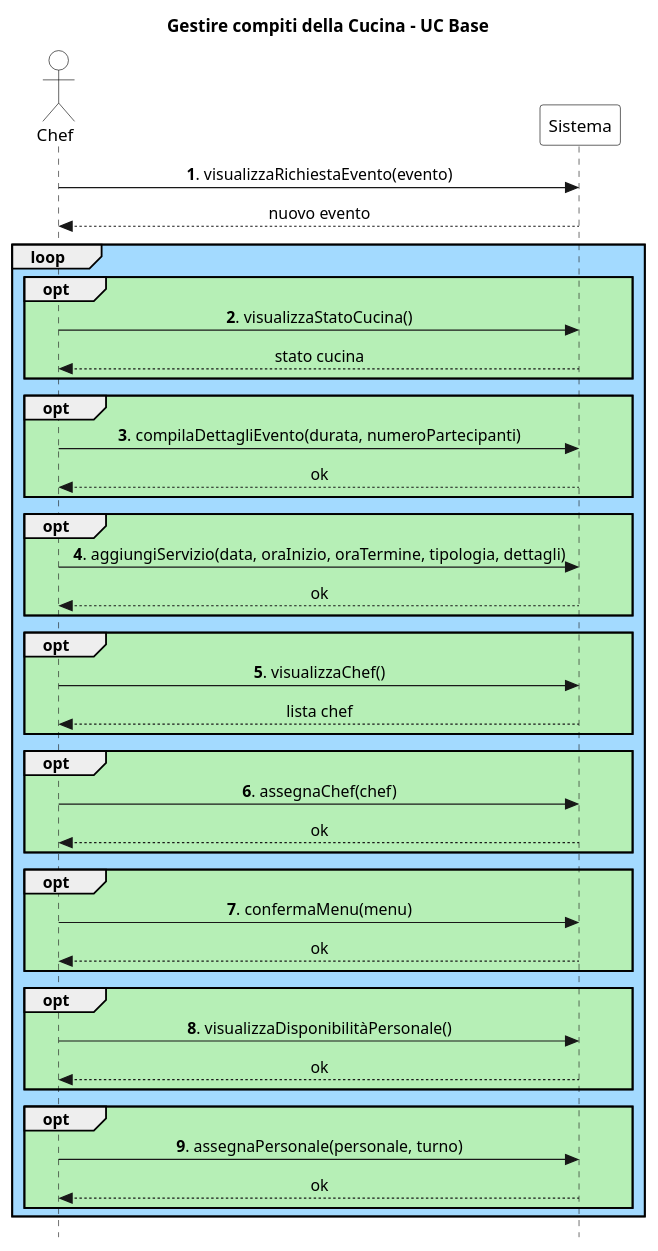
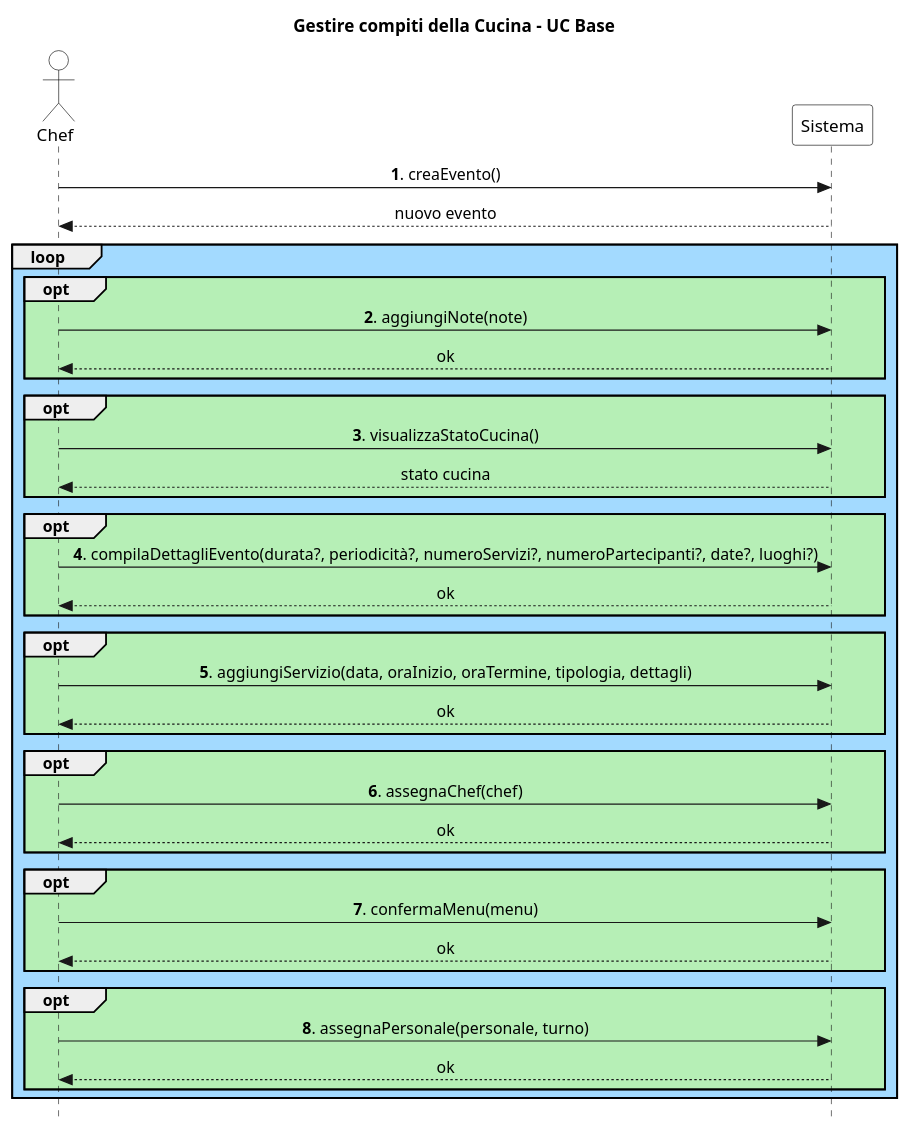
One commit to stefa168/sas-project changed the diagram in UC Gestire Eventi/SSD/Base.puml. Above: the diagram before and after it, drawn with PlantUML.

Commit message:
Corretto il caso d'uso base per rispecchiare le modifiche su drive

```diff
--- a/UC Gestire Eventi/SSD/Base.puml
+++ b/UC Gestire Eventi/SSD/Base.puml
@@ -1,61 +1,56 @@
 @startuml
 skinparam Style strictuml
 skinparam SequenceMessageAlign center
 
 skinparam sequence {
     ActorBorderColor Black
     ActorBackgroundColor White
     ParticipantBorderColor Black
     ParticipantBackgroundColor White
 }
 
 actor Chef
 participant Sistema
 
 title Gestire compiti della Cucina - UC Base
 
-Chef -> Sistema: **1**. visualizzaRichiestaEvento(evento)
+Chef -> Sistema: **1**. creaEvento()
 return nuovo evento
 
 loop #a3daff
     opt #b6efb6
-        Chef -> Sistema: **2**. visualizzaStatoCucina()
+        Chef -> Sistema: **2**. aggiungiNote(note)
+        return ok
+    end
+
+    opt #b6efb6
+        Chef -> Sistema: **3**. visualizzaStatoCucina()
         return stato cucina
     end
 
     opt #b6efb6
-        Chef -> Sistema: **3**. compilaDettagliEvento(durata, numeroPartecipanti)
+        Chef -> Sistema: **4**. compilaDettagliEvento(durata?, periodicità?, numeroServizi?, numeroPartecipanti?, date?, luoghi?)
         return ok
     end
 
     opt #b6efb6
-        Chef -> Sistema: **4**. aggiungiServizio(data, oraInizio, oraTermine, tipologia, dettagli)
+        Chef -> Sistema: **5**. aggiungiServizio(data, oraInizio, oraTermine, tipologia, dettagli)
         return ok
-    end
-
-    opt #b6efb6
-        Chef -> Sistema: **5**. visualizzaChef()
-        return lista chef
     end
 
     opt #b6efb6
         Chef -> Sistema: **6**. assegnaChef(chef)
         return ok
     end
 
     opt #b6efb6
         Chef -> Sistema: **7**. confermaMenu(menu)
         return ok
     end
 
     opt #b6efb6
-        Chef -> Sistema: **8**. visualizzaDisponibilitàPersonale()
-        return ok
-    end
-
-    opt #b6efb6
-        Chef -> Sistema: **9**. assegnaPersonale(personale, turno)
+        Chef -> Sistema: **8**. assegnaPersonale(personale, turno)
         return ok
     end
 end
 @enduml
```
